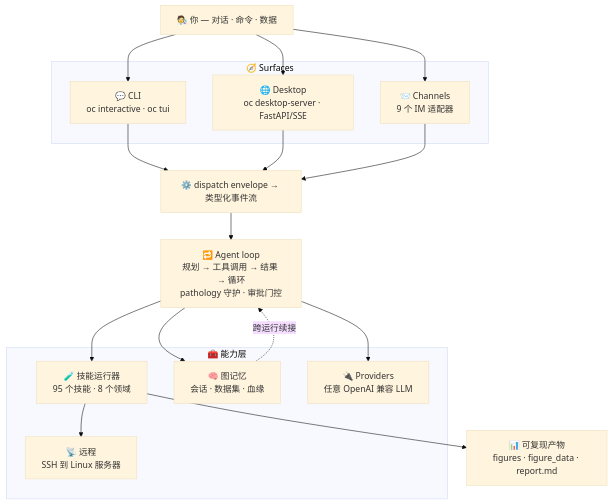
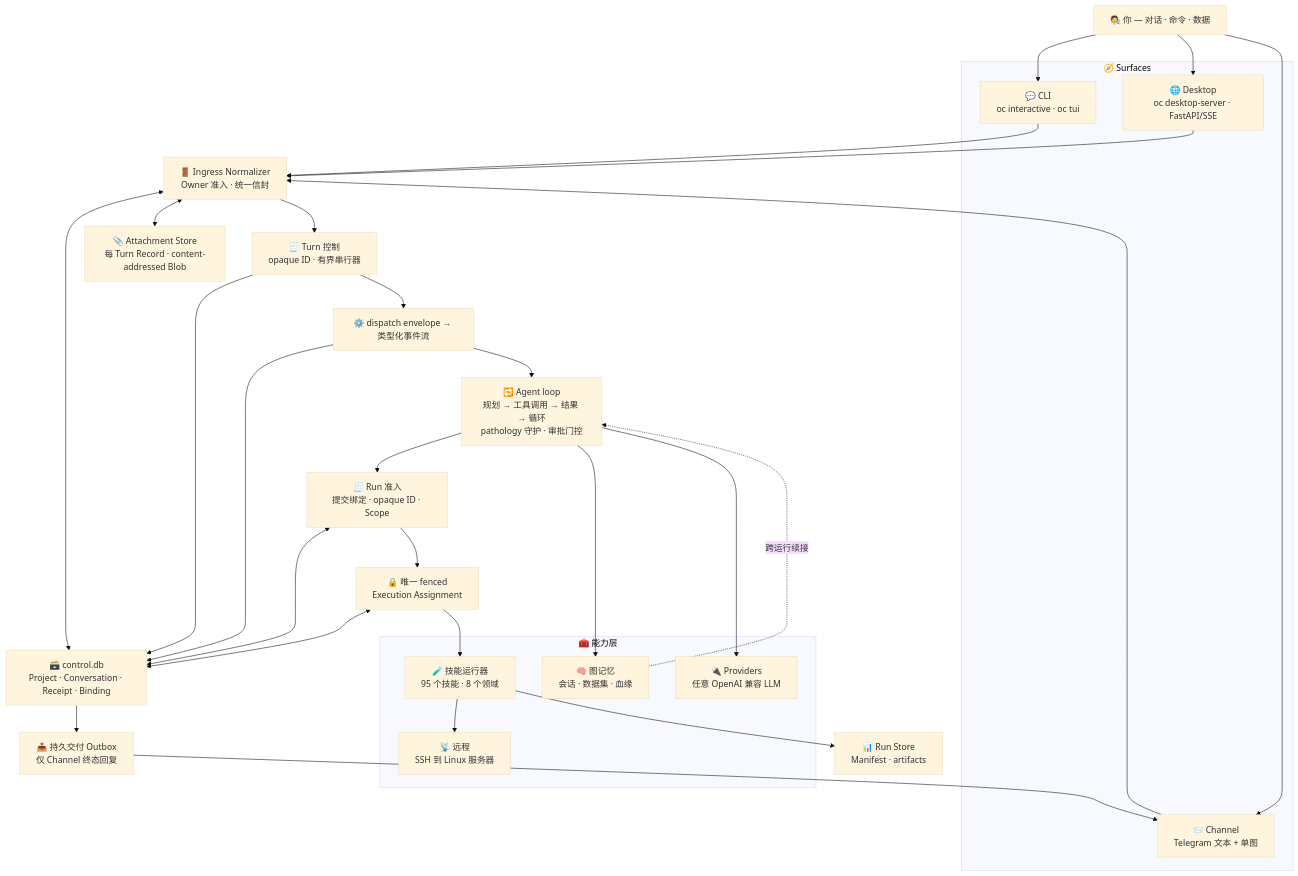
Before and after one commit to zhou-1314/OmicsClaw: the diagram in README_zh-CN.md, drawn with Mermaid (base theme). The commit also changed other lines of this file and 463 other files, not shown here.

````diff
--- a/README_zh-CN.md
+++ b/README_zh-CN.md
@@ -118,32 +126,49 @@
 ```mermaid
 flowchart TD
     U["🧑‍🔬 你 — 对话 · 命令 · 数据"]
 
     subgraph Surfaces["🧭 Surfaces"]
         CLI["💬 CLI<br/>oc interactive · oc tui"]
         DESK["🌐 Desktop<br/>oc desktop-server · FastAPI/SSE"]
-        CHAN["📨 Channels<br/>9 个 IM 适配器"]
+        CHAN["📨 Channel<br/>Telegram 文本 + 单图"]
     end
 
+    INGRESS["🚪 Ingress Normalizer<br/>Owner 准入 · 统一信封"]
+    CONTROL["🗃️ control.db<br/>Project · Conversation · Receipt · Binding"]
+    ATTACH["📎 Attachment Store<br/>每 Turn Record · content-addressed Blob"]
+    OUTBOX["📤 持久交付 Outbox<br/>仅 Channel 终态回复"]
+    TURN["🧾 Turn 控制<br/>opaque ID · 有界串行器"]
+    RUNADM["🧾 Run 准入<br/>提交绑定 · opaque ID · Scope"]
+    ASSIGN["🔒 唯一 fenced<br/>Execution Assignment"]
     DISPATCH["⚙️ dispatch envelope → 类型化事件流"]
     LOOP["🔁 Agent loop<br/>规划 → 工具调用 → 结果 → 循环<br/>pathology 守护 · 审批门控"]
 
     subgraph Capabilities["🧰 能力层"]
         SKILLS["🧪 技能运行器<br/>95 个技能 · 8 个领域"]
         MEMORY["🧠 图记忆<br/>会话 · 数据集 · 血缘"]
         PROV["🔌 Providers<br/>任意 OpenAI 兼容 LLM"]
         REMOTE["📡 远程<br/>SSH 到 Linux 服务器"]
     end
 
-    OUT["📊 可复现产物<br/>figures · figure_data · report.md"]
+    OUT["📊 Run Store<br/>Manifest · artifacts"]
 
     U --> CLI & DESK & CHAN
-    CLI --> DISPATCH
-    DESK --> DISPATCH
-    CHAN --> DISPATCH
+    CLI & DESK & CHAN --> INGRESS
+    INGRESS <--> CONTROL
+    INGRESS <--> ATTACH
+    INGRESS --> TURN
+    TURN --> CONTROL
+    TURN --> DISPATCH
+    DISPATCH --> CONTROL
+    CONTROL --> OUTBOX
+    OUTBOX --> CHAN
     DISPATCH --> LOOP
-    LOOP --> SKILLS & MEMORY & PROV
+    LOOP --> RUNADM & MEMORY & PROV
+    RUNADM <--> CONTROL
+    RUNADM --> ASSIGN
+    ASSIGN <--> CONTROL
+    ASSIGN --> SKILLS
     SKILLS --> REMOTE
     SKILLS --> OUT
     MEMORY -. 跨运行续接 .-> LOOP
 ```
````
